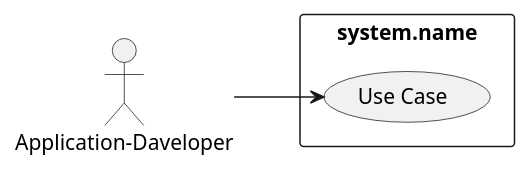
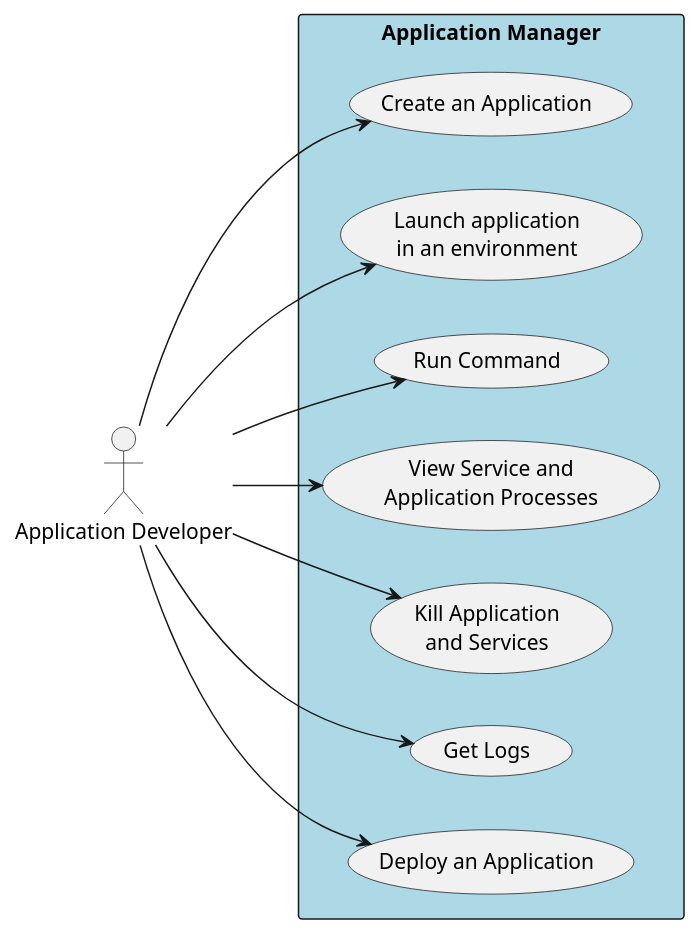
The diagram in docs/Actors/Application-Developer/UseCases.puml (CAADE/C3), drawn with PlantUML before and after one commit. The commit also changed 256 other files, not shown here.

```diff
--- a/docs/Actors/Application-Developer/UseCases.puml
+++ b/docs/Actors/Application-Developer/UseCases.puml
@@ -1,13 +1,25 @@
 @startuml
 
 left to right direction
 
-:Application-Daveloper: as Actor
+:Application Developer: as Dev
 
-rectangle "system.name" {
-    (Use Case) as U1
+rectangle "Application Manager" #lightblue {
+    (Create an Application) as CA
+    (Launch application\nin an environment) as LAE
+    (Run Command) as RC
+    (View Service and\nApplication Processes) as VSAP
+    (Kill Application\nand Services) as KAS
+    (Get Logs) as GL
+    (Deploy an Application) as DA
 }
 
-Actor --> U1
+Dev --> CA
+Dev --> LAE
+Dev --> RC
+Dev --> VSAP
+Dev --> KAS
+Dev --> GL
+Dev --> DA
 
 @enduml
```
